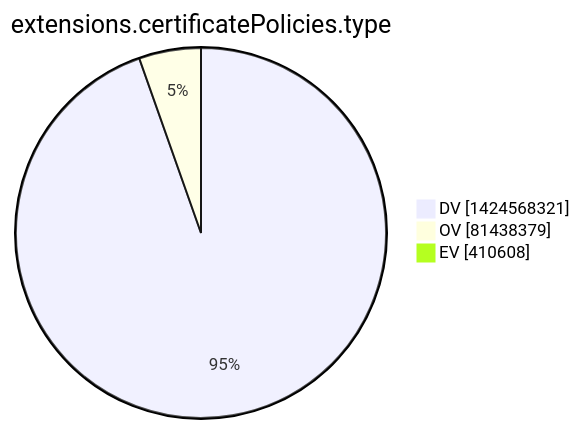
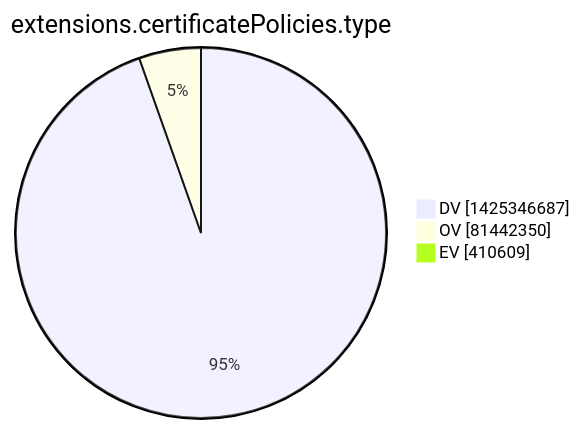
One commit to christiankrug/ctmonitor_visualization changed the tenth of 15 diagrams in xenon2022/README.md. Above: the diagram before and after it, drawn with Mermaid. The commit also changed other lines of this file, not shown here.

````diff
--- a/xenon2022/README.md
+++ b/xenon2022/README.md
@@ -2866,7 +2866,7 @@
 ```mermaid
 pie showData
 title extensions.certificatePolicies.type
-"DV" :1424568321
-"OV" :81438379
-"EV" :410608
+"DV" :1425346687
+"OV" :81442350
+"EV" :410609
 ```
````
